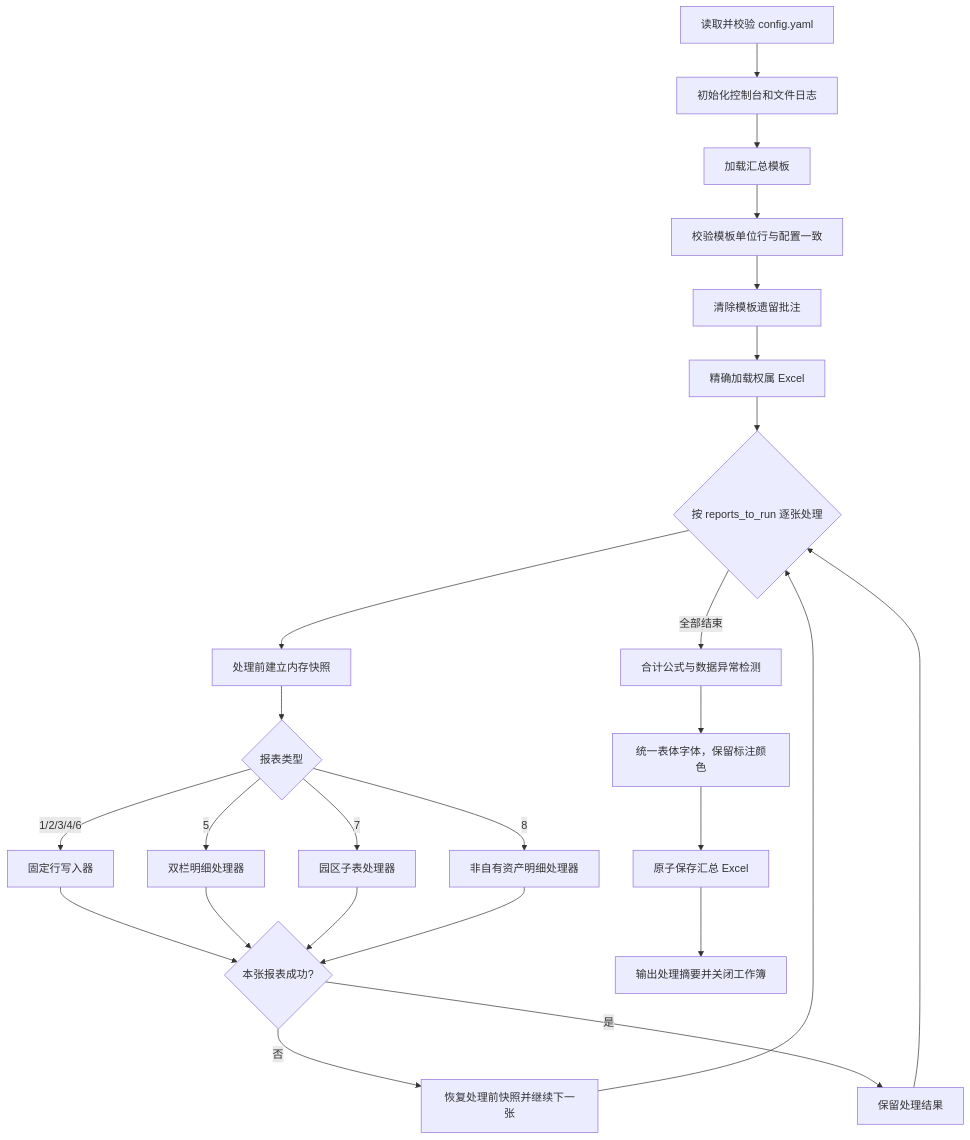
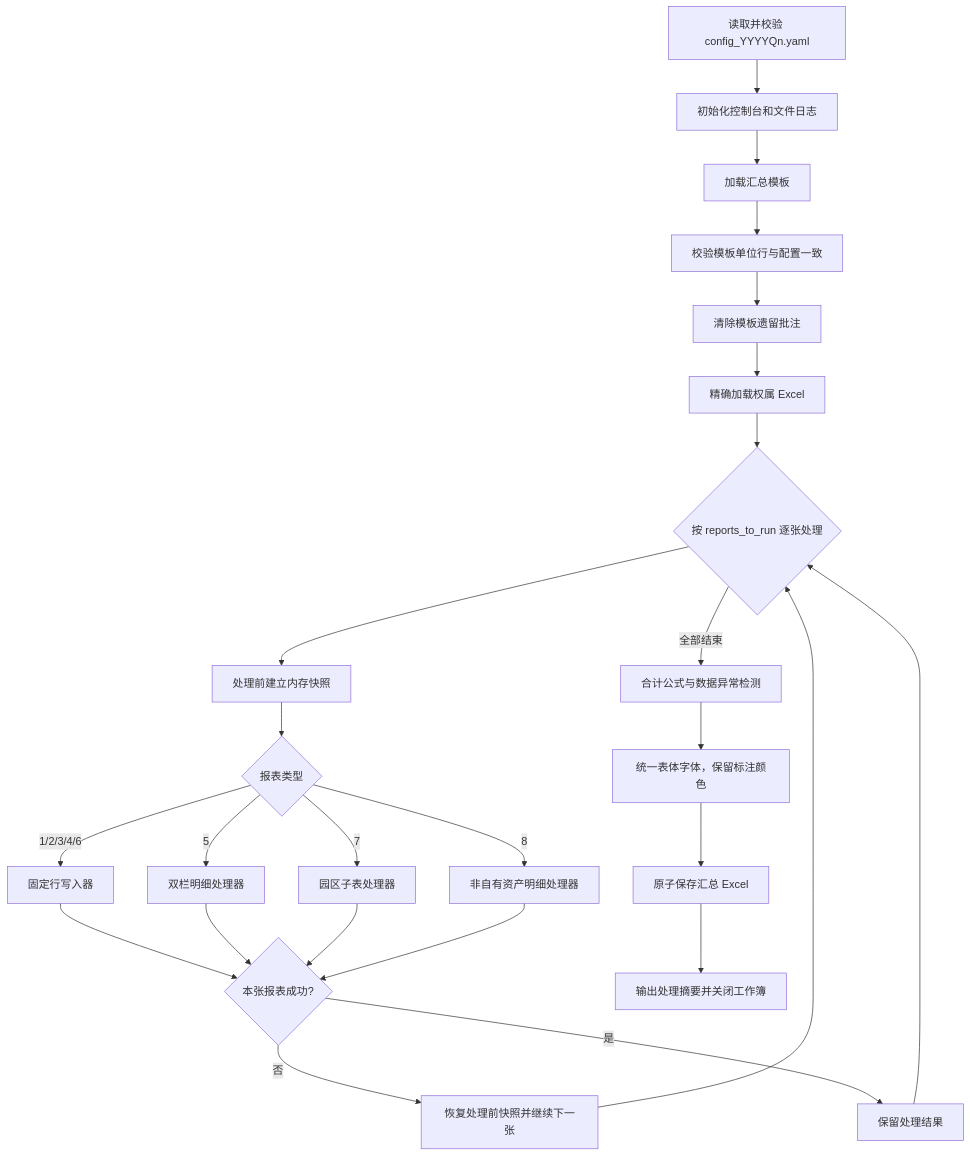
The diagram in README.md (zejunwu12/eco-analysis-automation), drawn with Mermaid before and after one commit. The commit also changed other lines of this file, not shown here.

First line of the commit message:
docs: README 统一配置文件名称为 config_YYYYQn.yaml 并说明默认配置规则

````diff
--- a/README.md
+++ b/README.md
@@ -75,27 +76,27 @@
 ```mermaid
 flowchart TD
-    A[读取并校验 config.yaml] --> B[初始化控制台和文件日志]
+    A[读取并校验 config_YYYYQn.yaml] --> B[初始化控制台和文件日志]
     B --> C[加载汇总模板]
     C --> D[校验模板单位行与配置一致]
     D --> E[清除模板遗留批注]
     E --> F[精确加载权属 Excel]
     F --> G{按 reports_to_run 逐张处理}
     G --> H[处理前建立内存快照]
     H --> I{报表类型}
     I -->|1/2/3/4/6| J[固定行写入器]
     I -->|5| K[双栏明细处理器]
     I -->|7| L[园区子表处理器]
     I -->|8| M[非自有资产明细处理器]
     J --> N{本张报表成功?}
     K --> N
     L --> N
     M --> N
     N -->|否| O[恢复处理前快照并继续下一张]
     N -->|是| P[保留处理结果]
     O --> G
     P --> G
     G -->|全部结束| Q[合计公式与数据异常检测]
     Q --> T[统一表体字体，保留标注颜色]
     T --> R[原子保存汇总 Excel]
     R --> S[输出处理摘要并关闭工作簿]
 ```
````
